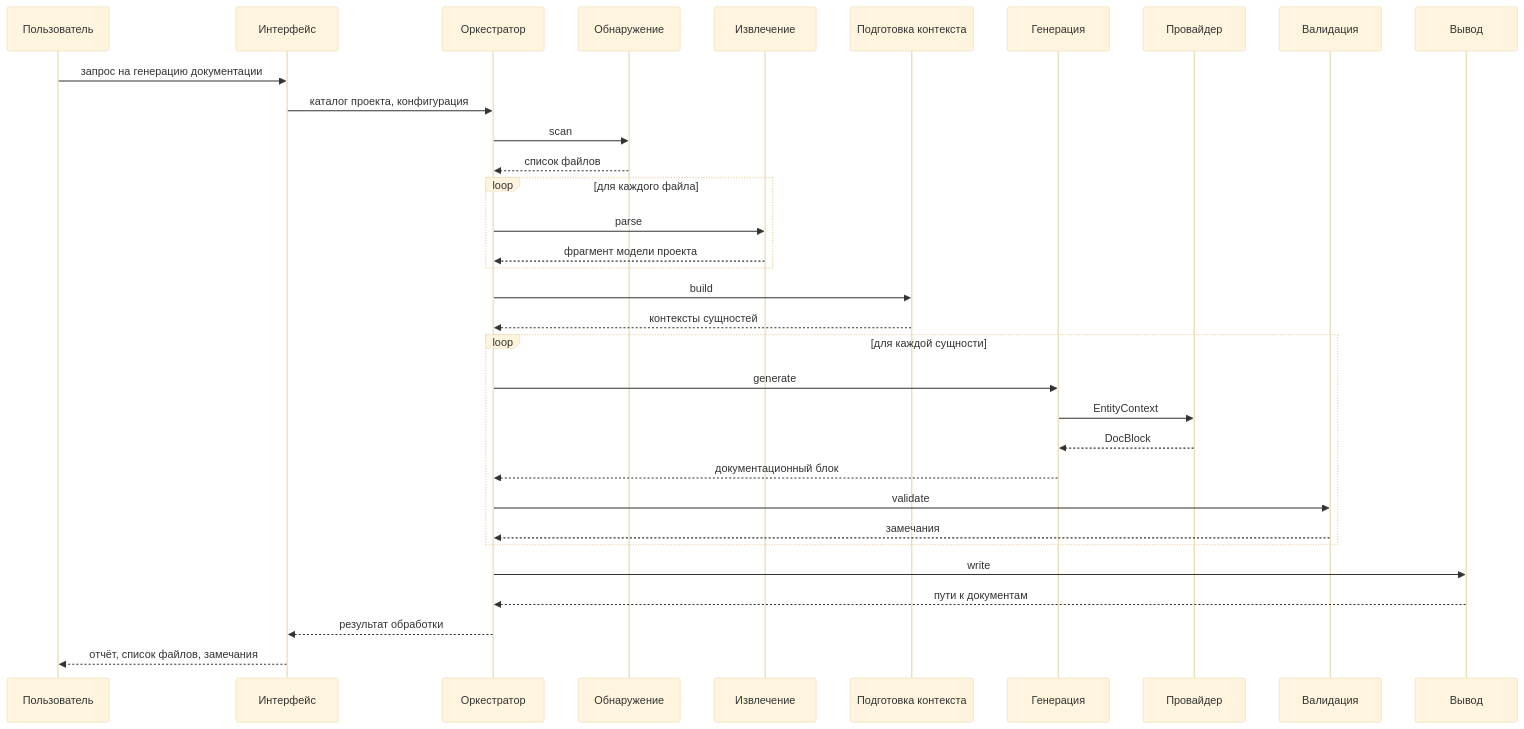
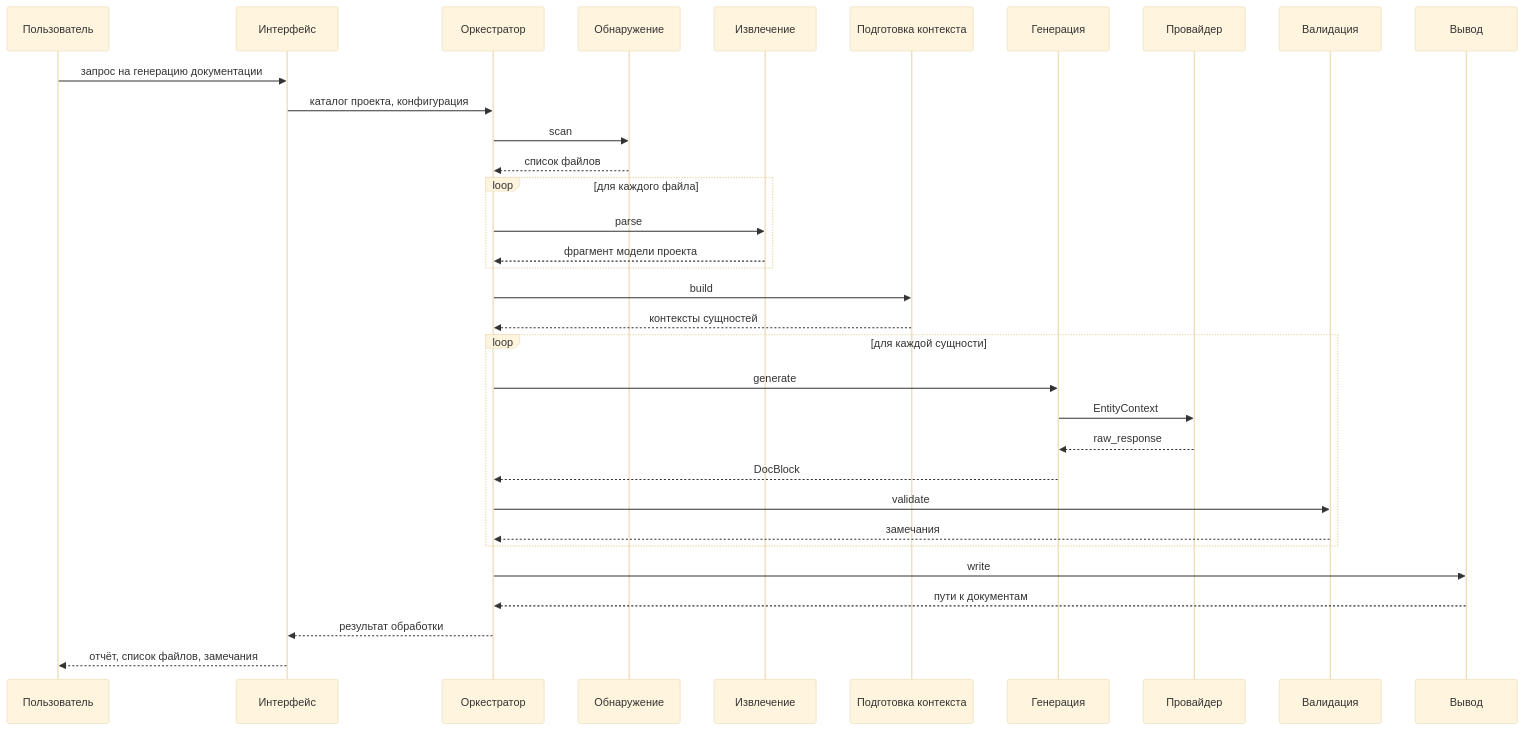
Before and after one commit to Andryss/AnDocGen: the third of 3 diagrams in docs/architecture.md, drawn with Mermaid (base theme). The commit also changed other lines of this file and 1 other file, not shown here.

````diff
--- a/docs/architecture.md
+++ b/docs/architecture.md
@@ -88,36 +101,36 @@
 ```mermaid
 sequenceDiagram
     participant User as Пользователь
     participant Interface as Интерфейс
     participant Pipeline as Оркестратор
     participant Discovery as Обнаружение
     participant Extraction as Извлечение
     participant Context as Подготовка контекста
     participant Generator as Генерация
     participant Provider as Провайдер
     participant Validator as Валидация
     participant Output as Вывод
 
     User->>Interface: запрос на генерацию документации
     Interface->>Pipeline: каталог проекта, конфигурация
     Pipeline->>Discovery: scan
     Discovery-->>Pipeline: список файлов
     loop для каждого файла
         Pipeline->>Extraction: parse
         Extraction-->>Pipeline: фрагмент модели проекта
     end
     Pipeline->>Context: build
     Context-->>Pipeline: контексты сущностей
     loop для каждой сущности
         Pipeline->>Generator: generate
         Generator->>Provider: EntityContext
-        Provider-->>Generator: DocBlock
-        Generator-->>Pipeline: документационный блок
+        Provider-->>Generator: raw_response
+        Generator-->>Pipeline: DocBlock
         Pipeline->>Validator: validate
         Validator-->>Pipeline: замечания
     end
     Pipeline->>Output: write
     Output-->>Pipeline: пути к документам
     Pipeline-->>Interface: результат обработки
     Interface-->>User: отчёт, список файлов, замечания
 ```
````
